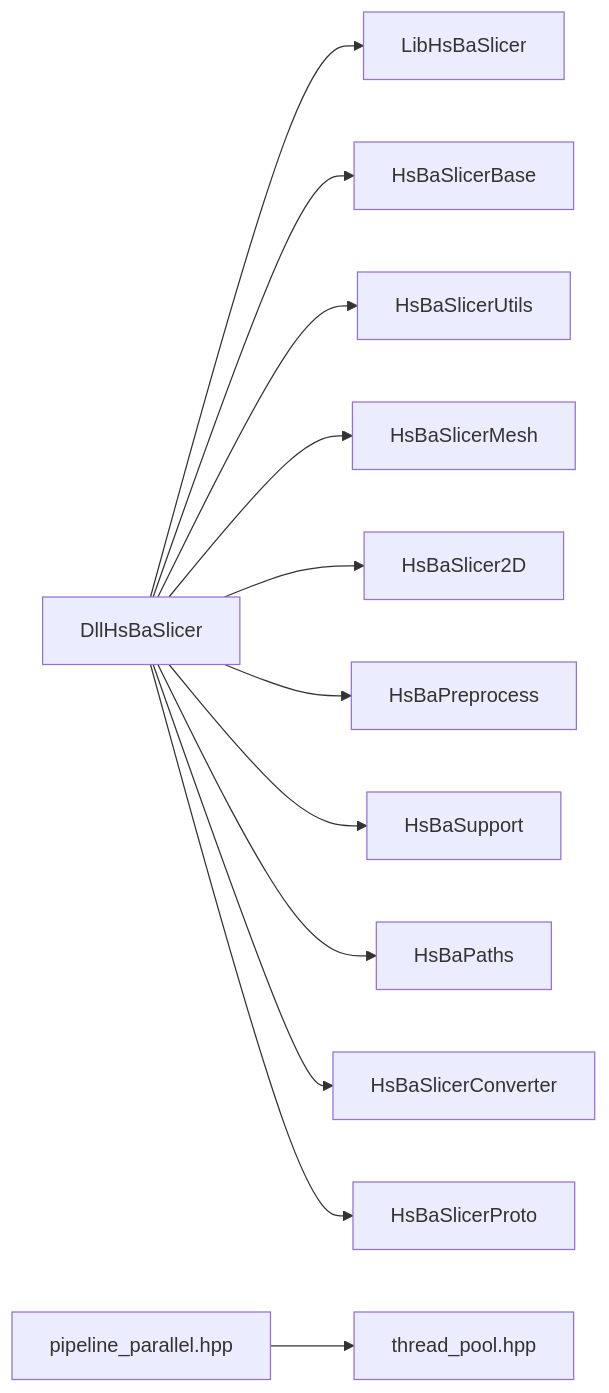
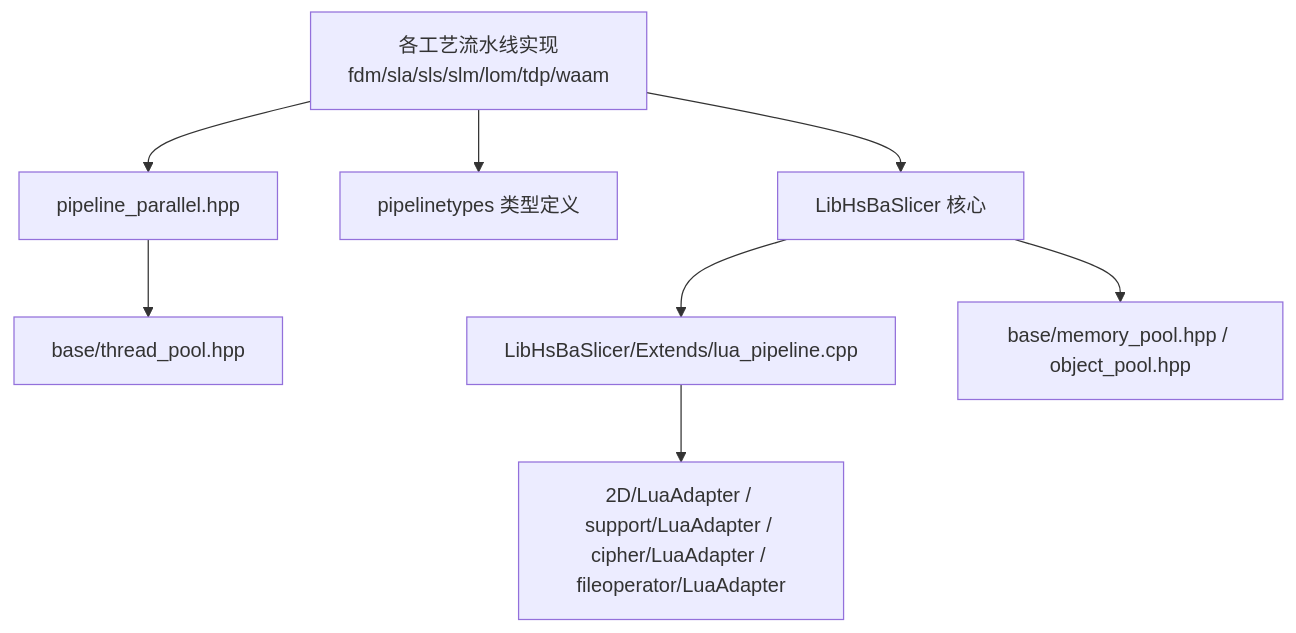
The eighth of 8 diagrams in .qoder/repowiki/zh/content/高级主题/高级主题.md (hsmbanlance/HsBaSlicer), drawn with Mermaid before and after one commit. The commit also changed other lines of this file and 1135 other files, not shown here.

````diff
--- a/.qoder/repowiki/zh/content/高级主题/高级主题.md
+++ b/.qoder/repowiki/zh/content/高级主题/高级主题.md
@@ -275,14 +346,10 @@
 ```mermaid
-graph LR
-Dll["DllHsBaSlicer"] --> Core["LibHsBaSlicer"]
-Dll --> Base["HsBaSlicerBase"]
-Dll --> Utils["HsBaSlicerUtils"]
-Dll --> Mesh["HsBaSlicerMesh"]
-Dll --> TwoD["HsBaSlicer2D"]
-Dll --> Pre["HsBaPreprocess"]
-Dll --> Sup["HsBaSupport"]
-Dll --> Paths["HsBaPaths"]
-Dll --> Conv["HsBaSlicerConverter"]
-Dll --> Proto["HsBaSlicerProto"]
-Parallel["pipeline_parallel.hpp"] --> TP["thread_pool.hpp"]
+graph TB
+PIPE["各工艺流水线实现<br/>fdm/sla/sls/slm/lom/tdp/waam"] --> CORE["LibHsBaSlicer 核心"]
+PIPE --> TYPES["pipelinetypes 类型定义"]
+PIPE --> PAR["pipeline_parallel.hpp"]
+PAR --> TP["base/thread_pool.hpp"]
+CORE --> LUAEXT["LibHsBaSlicer/Extends/lua_pipeline.cpp"]
+LUAEXT --> ADAPTERS["2D/LuaAdapter / support/LuaAdapter / cipher/LuaAdapter / fileoperator/LuaAdapter"]
+CORE --> MEM["base/memory_pool.hpp / object_pool.hpp"]
 ```
````
